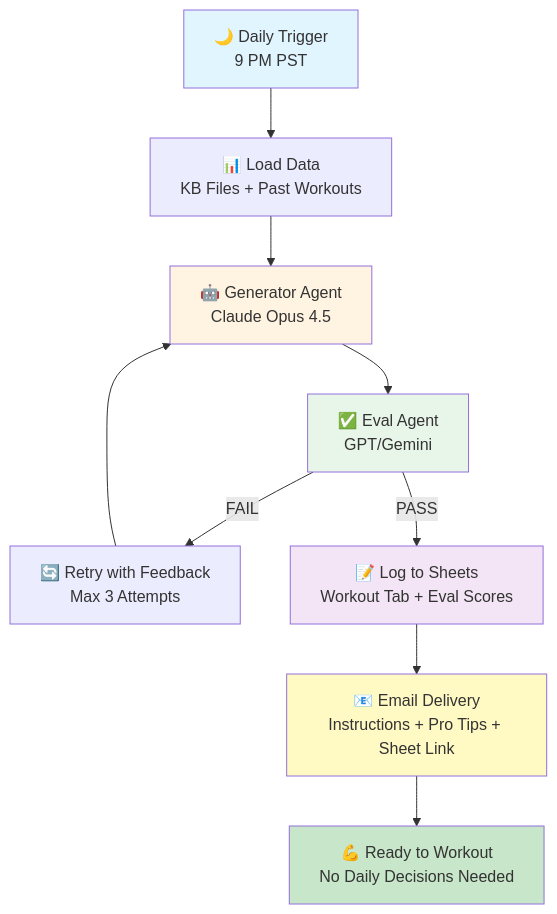
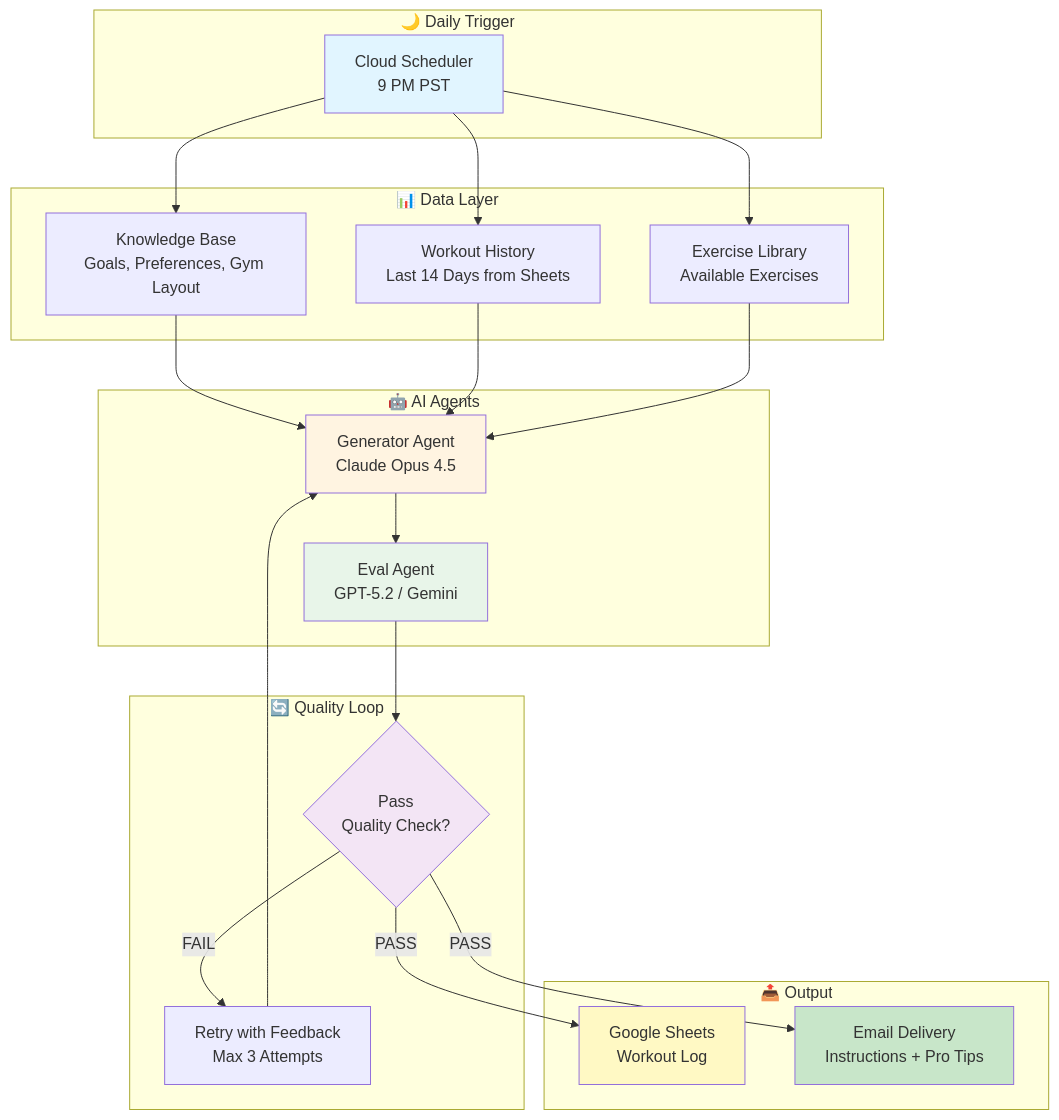
One commit to veritas6161/fitness-agent-rr-opensource changed the first of 3 diagrams in README.md. Above: the diagram before and after it, drawn with Mermaid. The commit also changed other lines of this file, not shown here.

First line of the commit message:
Create comprehensive README with Mermaid diagrams and visual formatting

````diff
--- a/README.md
+++ b/README.md
@@ -5,18 +41,47 @@
 ```mermaid
-graph TD
-    A[🌙 Daily Trigger<br/>9 PM PST] --> B[📊 Load Data<br/>KB Files + Past Workouts]
-    B --> C[🤖 Generator Agent<br/>Claude Opus 4.5]
-    C --> D[✅ Eval Agent<br/>GPT/Gemini]
-    D -->|FAIL| E[🔄 Retry with Feedback<br/>Max 3 Attempts]
-    E --> C
-    D -->|PASS| F[📝 Log to Sheets<br/>Workout Tab + Eval Scores]
-    F --> G[📧 Email Delivery<br/>Instructions + Pro Tips + Sheet Link]
-    G --> H[💪 Ready to Workout<br/>No Daily Decisions Needed]
+graph TB
+    subgraph "🌙 Daily Trigger"
+        A[Cloud Scheduler<br/>9 PM PST]
+    end
+    
+    subgraph "📊 Data Layer"
+        B[Knowledge Base<br/>Goals, Preferences, Gym Layout]
+        C[Workout History<br/>Last 14 Days from Sheets]
+        D[Exercise Library<br/>Available Exercises]
+    end
+    
+    subgraph "🤖 AI Agents"
+        E[Generator Agent<br/>Claude Opus 4.5]
+        F[Eval Agent<br/>GPT-5.2 / Gemini]
+    end
+    
+    subgraph "🔄 Quality Loop"
+        G{Pass<br/>Quality Check?}
+        H[Retry with Feedback<br/>Max 3 Attempts]
+    end
+    
+    subgraph "📤 Output"
+        I[Google Sheets<br/>Workout Log]
+        J[Email Delivery<br/>Instructions + Pro Tips]
+    end
+    
+    A --> B
+    A --> C
+    A --> D
+    B --> E
+    C --> E
+    D --> E
+    E --> F
+    F --> G
+    G -->|FAIL| H
+    H --> E
+    G -->|PASS| I
+    G -->|PASS| J
     
     style A fill:#e1f5ff
-    style C fill:#fff4e1
-    style D fill:#e8f5e9
-    style F fill:#f3e5f5
-    style G fill:#fff9c4
-    style H fill:#c8e6c9
+    style E fill:#fff4e1
+    style F fill:#e8f5e9
+    style G fill:#f3e5f5
+    style I fill:#fff9c4
+    style J fill:#c8e6c9
 ```
````
